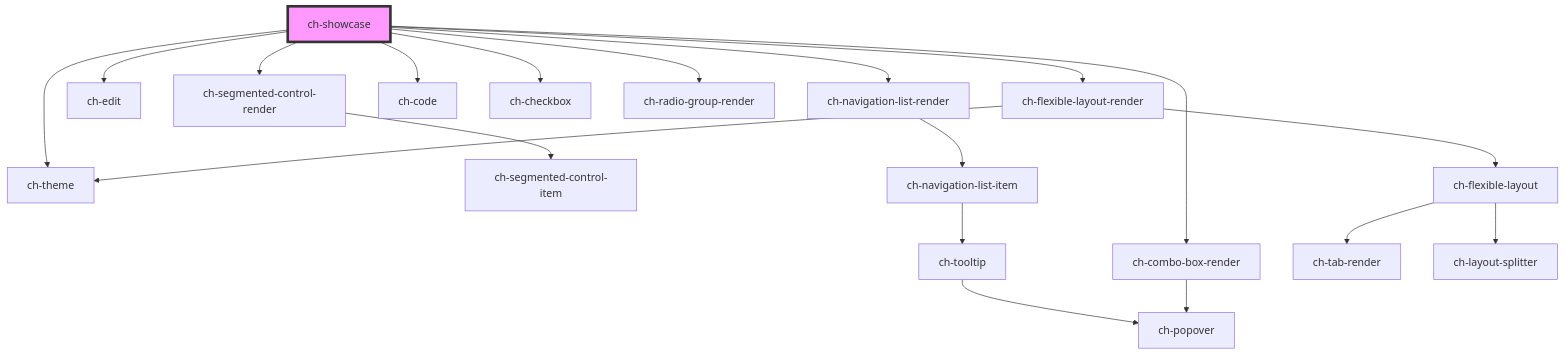
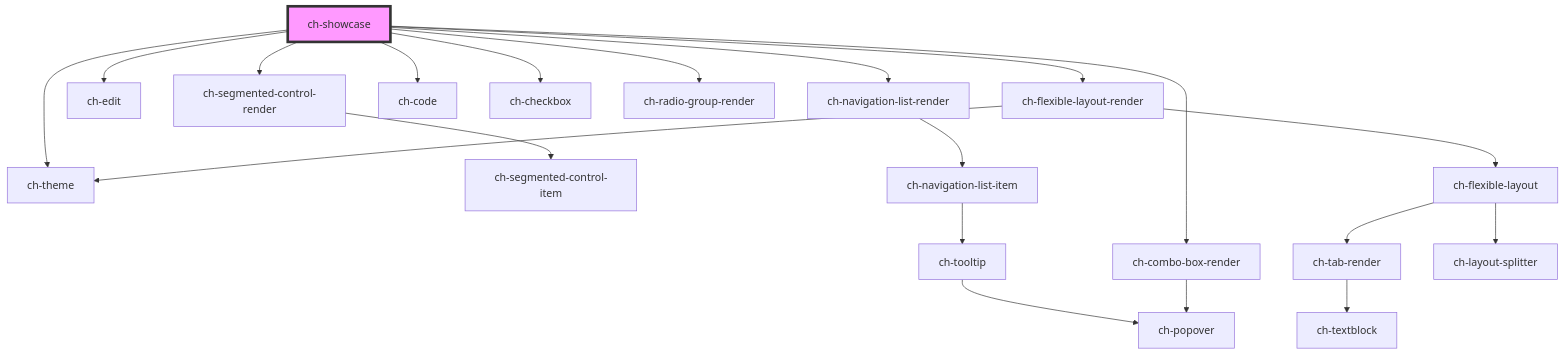
One commit to genexuslabs/chameleon-controls-library changed the diagram in src/showcase/assets/components/readme.md. Above: the diagram before and after it, drawn with Mermaid. The commit also changed 5 other files, not shown here.

````diff
--- a/src/showcase/assets/components/readme.md
+++ b/src/showcase/assets/components/readme.md
@@ -34,22 +34,23 @@
 ```mermaid
 graph TD;
   ch-showcase --> ch-theme
   ch-showcase --> ch-segmented-control-render
   ch-showcase --> ch-edit
   ch-showcase --> ch-navigation-list-render
   ch-showcase --> ch-code
   ch-showcase --> ch-checkbox
   ch-showcase --> ch-combo-box-render
   ch-showcase --> ch-radio-group-render
   ch-showcase --> ch-flexible-layout-render
   ch-segmented-control-render --> ch-segmented-control-item
   ch-navigation-list-render --> ch-navigation-list-item
   ch-navigation-list-item --> ch-tooltip
   ch-tooltip --> ch-popover
   ch-combo-box-render --> ch-popover
   ch-flexible-layout-render --> ch-theme
   ch-flexible-layout-render --> ch-flexible-layout
   ch-flexible-layout --> ch-tab-render
   ch-flexible-layout --> ch-layout-splitter
+  ch-tab-render --> ch-textblock
   style ch-showcase fill:#f9f,stroke:#333,stroke-width:4px
 ```
````
